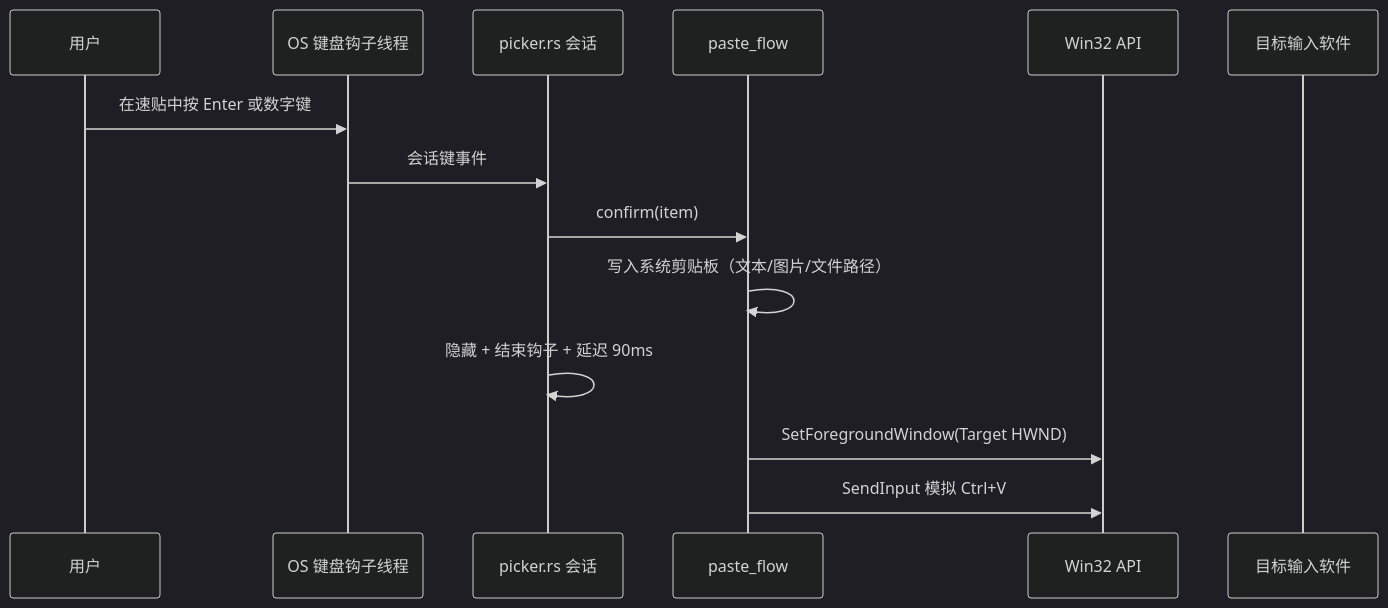
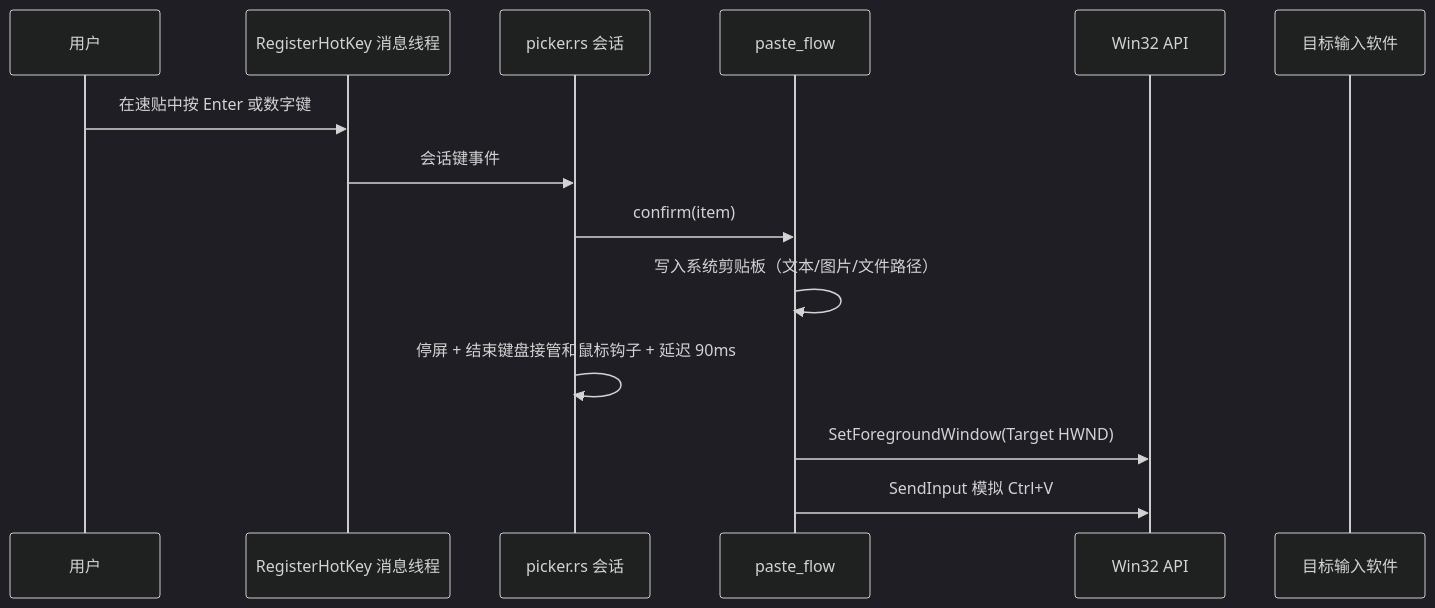
Before and after one commit to tranquil-w/floatpaste: the second of 2 diagrams in docs/no-focus-picker.md, drawn with Mermaid (dark theme). The commit also changed other lines of this file and 11 other files, not shown here.

````diff
--- a/docs/no-focus-picker.md
+++ b/docs/no-focus-picker.md
@@ -65,17 +65,17 @@
 ```mermaid
 sequenceDiagram
     participant User as 用户
-    participant Hook as OS 键盘钩子线程
+    participant HotkeyThread as RegisterHotKey 消息线程
     participant Picker as picker.rs 会话
     participant Paste as paste_flow
     participant Win32 as Win32 API
     participant Target as 目标输入软件
 
-    User->>Hook: 在速贴中按 Enter 或数字键
-    Hook->>Picker: 会话键事件
+    User->>HotkeyThread: 在速贴中按 Enter 或数字键
+    HotkeyThread->>Picker: 会话键事件
     Picker->>Paste: confirm(item)
     Paste->>Paste: 写入系统剪贴板（文本/图片/文件路径）
-    Picker->>Picker: 隐藏 + 结束钩子 + 延迟 90ms
+    Picker->>Picker: 停屏 + 结束键盘接管和鼠标钩子 + 延迟 90ms
     Paste->>Win32: SetForegroundWindow(Target HWND)
     Paste->>Win32: SendInput 模拟 Ctrl+V
 ```
````
